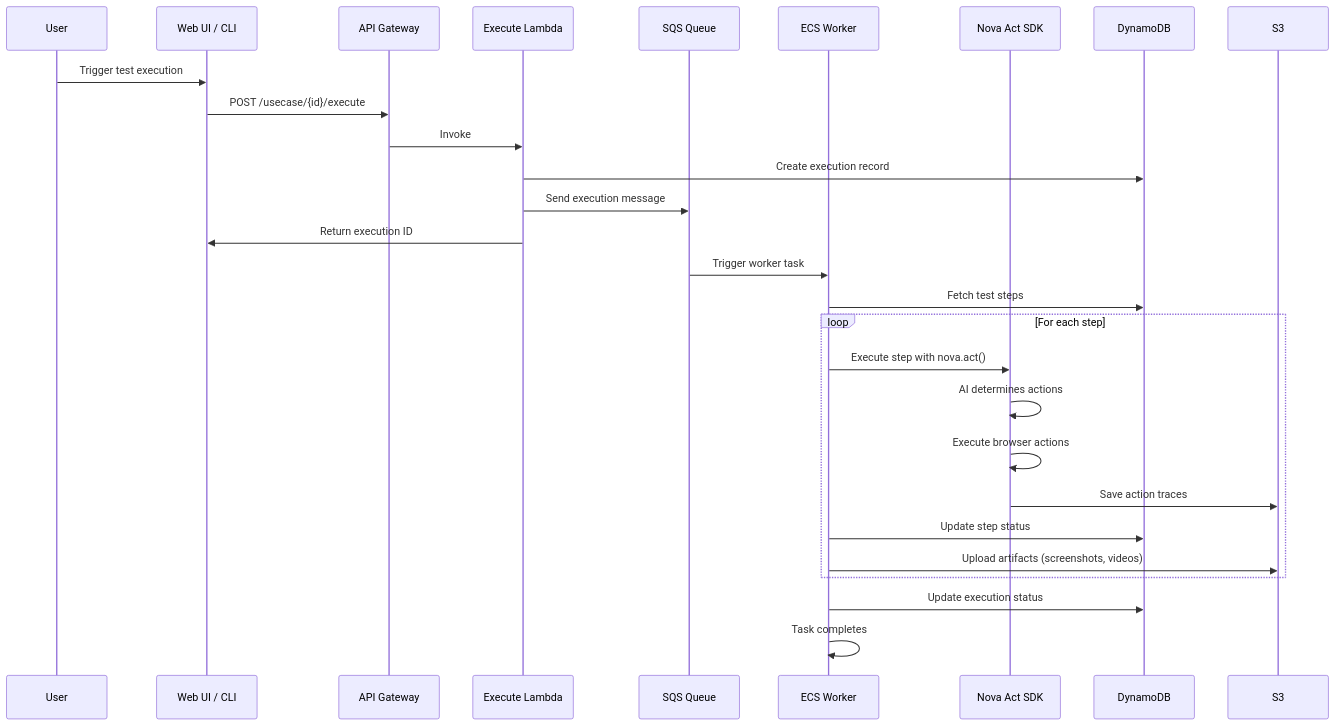
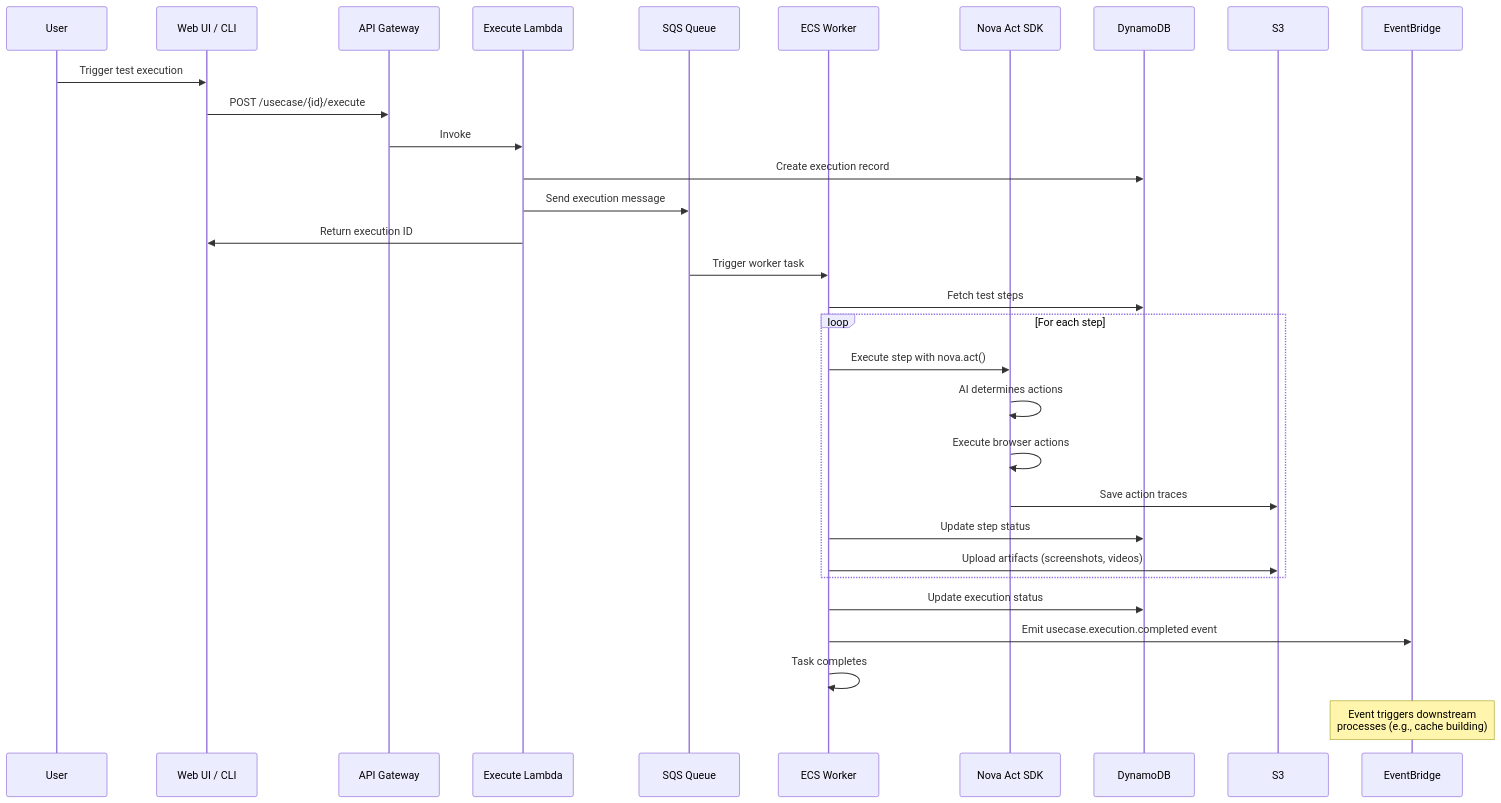
Before and after one commit to aws-samples/sample-qa-studio: the fourth of 5 diagrams in docs/architecture.md, drawn with Mermaid. The commit also changed other lines of this file and 89 other files, not shown here.

````diff
--- a/docs/architecture.md
+++ b/docs/architecture.md
@@ -144,34 +144,38 @@
 ```mermaid
 sequenceDiagram
     participant User
     participant WebUI as Web UI / CLI
     participant API as API Gateway
     participant Lambda as Execute Lambda
     participant SQS as SQS Queue
     participant ECS as ECS Worker
     participant NovaAct as Nova Act SDK
     participant DynamoDB
     participant S3
+    participant EventBridge as EventBridge
     
     User->>WebUI: Trigger test execution
     WebUI->>API: POST /usecase/{id}/execute
     API->>Lambda: Invoke
     Lambda->>DynamoDB: Create execution record
     Lambda->>SQS: Send execution message
     Lambda->>WebUI: Return execution ID
     
     SQS->>ECS: Trigger worker task
     ECS->>DynamoDB: Fetch test steps
     
     loop For each step
         ECS->>NovaAct: Execute step with nova.act()
         NovaAct->>NovaAct: AI determines actions
         NovaAct->>NovaAct: Execute browser actions
         NovaAct->>S3: Save action traces
         ECS->>DynamoDB: Update step status
         ECS->>S3: Upload artifacts (screenshots, videos)
     end
     
     ECS->>DynamoDB: Update execution status
+    ECS->>EventBridge: Emit usecase.execution.completed event
     ECS->>ECS: Task completes
+    
+    Note over EventBridge: Event triggers downstream<br/>processes (e.g., cache building)
 ```
````
